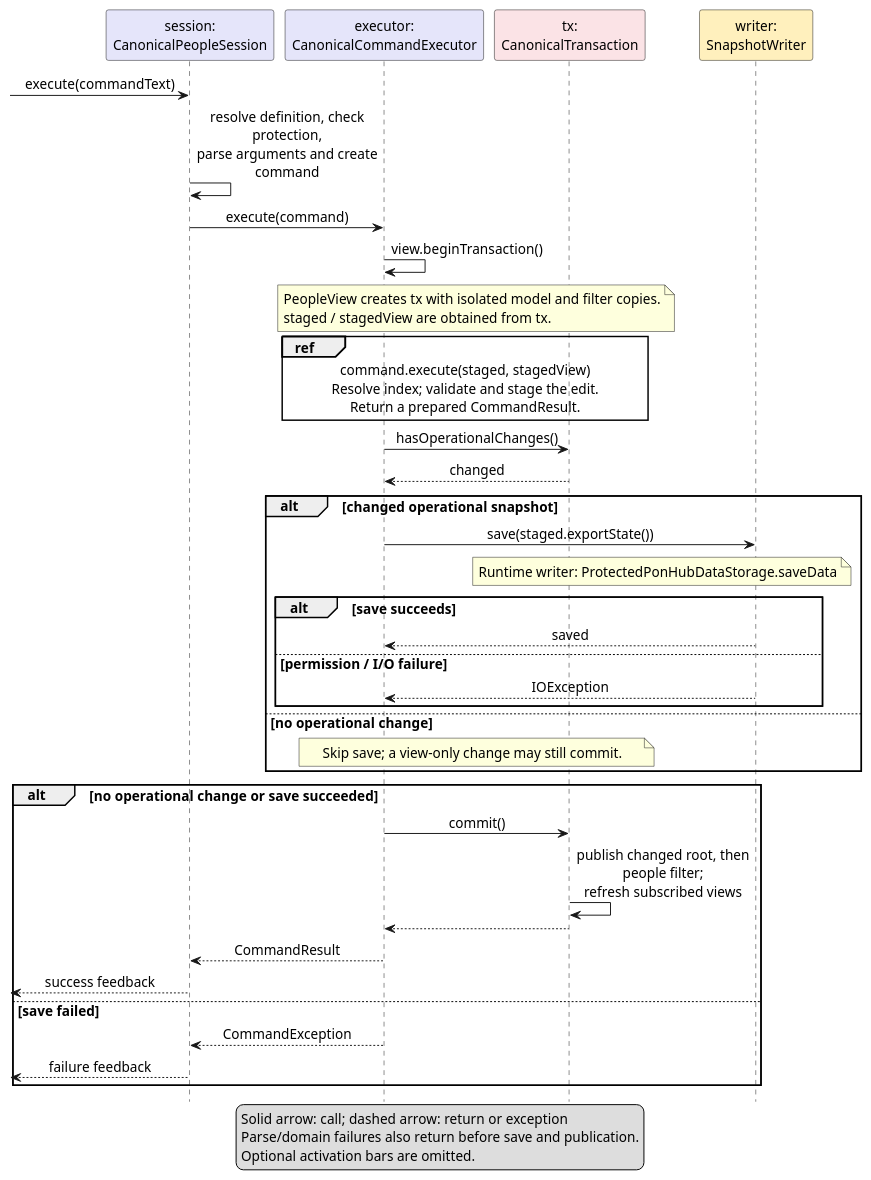
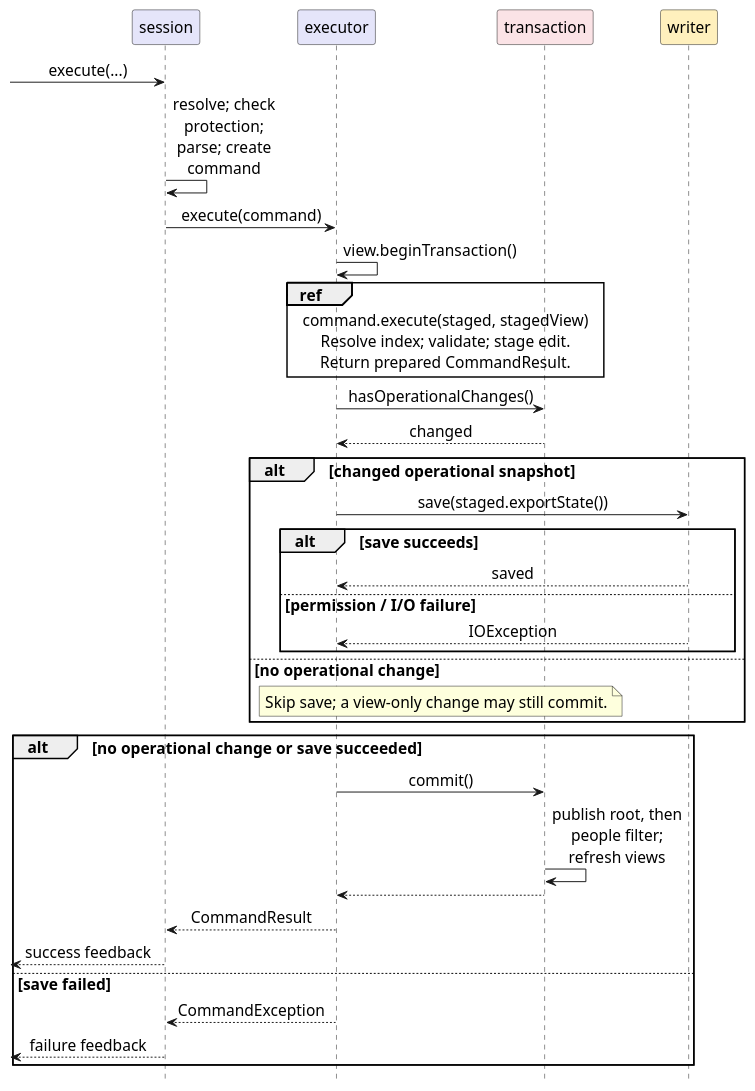
The diagram in docs/diagrams/ArchitectureSequenceDiagram.puml (AY2627S1-CS2103T-F13-3/tp), drawn with PlantUML before and after one commit. The commit also changed 5 other files, not shown here.

First line of the commit message:
Improve sequence and printed diagram reading

```diff
--- a/docs/diagrams/ArchitectureSequenceDiagram.puml
+++ b/docs/diagrams/ArchitectureSequenceDiagram.puml
@@ -1,56 +1,46 @@
 @startuml
+' Readability layout by Zhu Zhi Yu with OpenAI Codex assistance (#393).
 ' Updated by Ernest Chua with OpenAI Codex assistance (#220).
 hide footbox
 skinparam defaultFontName Arial
-skinparam defaultFontSize 14
+skinparam defaultFontSize 16
 skinparam shadowing false
 skinparam sequenceMessageAlign center
-skinparam maxMessageSize 220
-participant "session:\nCanonicalPeopleSession" as Session #E5E5FA
-participant "executor:\nCanonicalCommandExecutor" as Executor #E5E5FA
-participant "tx:\nCanonicalTransaction" as Tx #FBE3E6
-participant "writer:\nSnapshotWriter" as Writer #FFF0BD
-[-> Session : execute(commandText)
-Session -> Session : resolve definition, check protection,\nparse arguments and create command
+skinparam maxMessageSize 140
+skinparam ParticipantPadding 8
+participant "session" as Session #E5E5FA
+participant "executor" as Executor #E5E5FA
+participant "transaction" as Tx #FBE3E6
+participant "writer" as Writer #FFF0BD
+[-> Session : execute(...)
+Session -> Session : resolve; check protection;\nparse; create command
 Session -> Executor : execute(command)
 Executor -> Executor : view.beginTransaction()
-note over Executor, Tx
-  PeopleView creates tx with isolated model and filter copies.
-  staged / stagedView are obtained from tx.
-end note
 ref over Executor, Tx
   command.execute(staged, stagedView)
-  Resolve index; validate and stage the edit.
-  Return a prepared CommandResult.
+  Resolve index; validate; stage edit.
+  Return prepared CommandResult.
 end ref
 Executor -> Tx : hasOperationalChanges()
 Tx --> Executor : changed
 alt changed operational snapshot
   Executor -> Writer : save(staged.exportState())
-  note over Tx, Writer
-    Runtime writer: ProtectedPonHubDataStorage.saveData
-  end note
   alt save succeeds
     Writer --> Executor : saved
   else permission / I/O failure
     Writer --> Executor : IOException
   end
 else no operational change
   note over Executor, Tx : Skip save; a view-only change may still commit.
 end
 alt no operational change or save succeeded
   Executor -> Tx : commit()
-  Tx -> Tx : publish changed root, then people filter;\nrefresh subscribed views
+  Tx -> Tx : publish root, then people filter;\nrefresh views
   Tx --> Executor
   Executor --> Session : CommandResult
   [<-- Session : success feedback
 else save failed
   Executor --> Session : CommandException
   [<-- Session : failure feedback
 end
-legend bottom
-  Solid arrow: call; dashed arrow: return or exception
-  Parse/domain failures also return before save and publication.
-  Optional activation bars are omitted.
-endlegend
 @enduml
```
